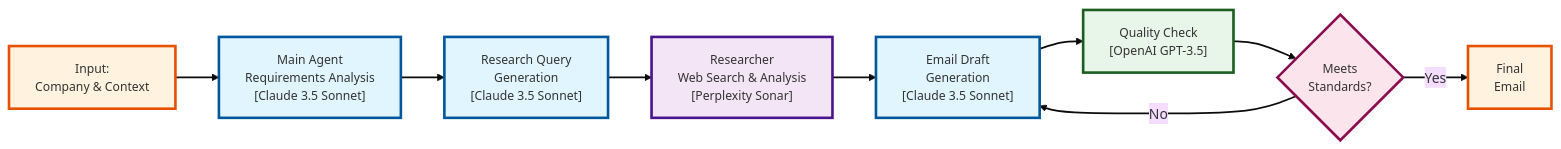
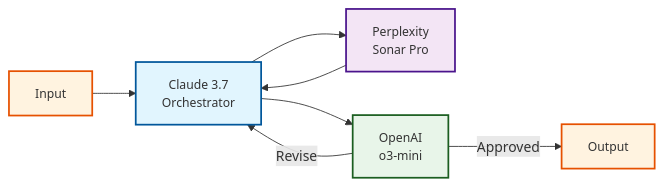
Before and after one commit to Portkey-AI/docs-core: the diagram in guides/prompts/ultimate-ai-sdr.mdx, drawn with Mermaid. The commit also changed other lines of this file and 14 other files, not shown here.

````diff
--- a/guides/prompts/ultimate-ai-sdr.mdx
+++ b/guides/prompts/ultimate-ai-sdr.mdx
@@ -23,49 +46,26 @@
 ```mermaid
-%%{init: {'theme': 'base', 'themeVariables': { 'fontSize': '16px', 'fontFamily': 'arial' }}}%%
 graph LR
-    classDef mainAgent fill:#e1f5fe,stroke:#01579b,stroke-width:3px,font-size:14px
-    classDef researcher fill:#f3e5f5,stroke:#4a148c,stroke-width:3px,font-size:14px
-    classDef evaluator fill:#e8f5e9,stroke:#1b5e20,stroke-width:3px,font-size:14px
-    classDef process fill:#fff3e0,stroke:#e65100,stroke-width:3px,font-size:14px
-    classDef decision fill:#fce4ec,stroke:#880e4f,stroke-width:3px,font-size:14px
+    classDef main fill:#e1f5fe,stroke:#01579b,stroke-width:2px
+    classDef research fill:#f3e5f5,stroke:#4a148c,stroke-width:2px
+    classDef eval fill:#e8f5e9,stroke:#1b5e20,stroke-width:2px
+    classDef io fill:#fff3e0,stroke:#e65100,stroke-width:2px
 
-    A["Input:
-    Company & Context"]:::process
-    B["Main Agent
-    Requirements Analysis
-    [Claude 3.5 Sonnet]"]:::mainAgent
-    C["Research Query
-    Generation
-    [Claude 3.5 Sonnet]"]:::mainAgent
-    D["Researcher
-    Web Search & Analysis
-    [Perplexity Sonar]"]:::researcher
-    E["Email Draft
-    Generation
-    [Claude 3.5 Sonnet]"]:::mainAgent
-    F["Quality Check
-    [OpenAI GPT-3.5]"]:::evaluator
-    G{"Meets
-    Standards?"}:::decision
-    H["Final
-    Email"]:::process
+    A[Input]:::io
+    B[Claude 3.7<br/>Orchestrator]:::main
+    C[Perplexity<br/>Sonar Pro]:::research
+    D[OpenAI<br/>o3-mini]:::eval
+    E[Output]:::io
 
-    A ==> B
-    B ==> C
-    C ==> D
-    D ==> E
-    E ==> F
-    F ==> G
-    G -->|No| E
-    G -->|Yes| H
+    A --> B
+    B --> C
+    C --> B
+    B --> D
+    D -->|Approved| E
+    D -->|Revise| B
 
-    linkStyle default stroke-width:2px
     style A font-size:14px
     style B font-size:14px
     style C font-size:14px
     style D font-size:14px
     style E font-size:14px
-    style F font-size:14px
-    style G font-size:14px
-    style H font-size:14px
 ```
````
